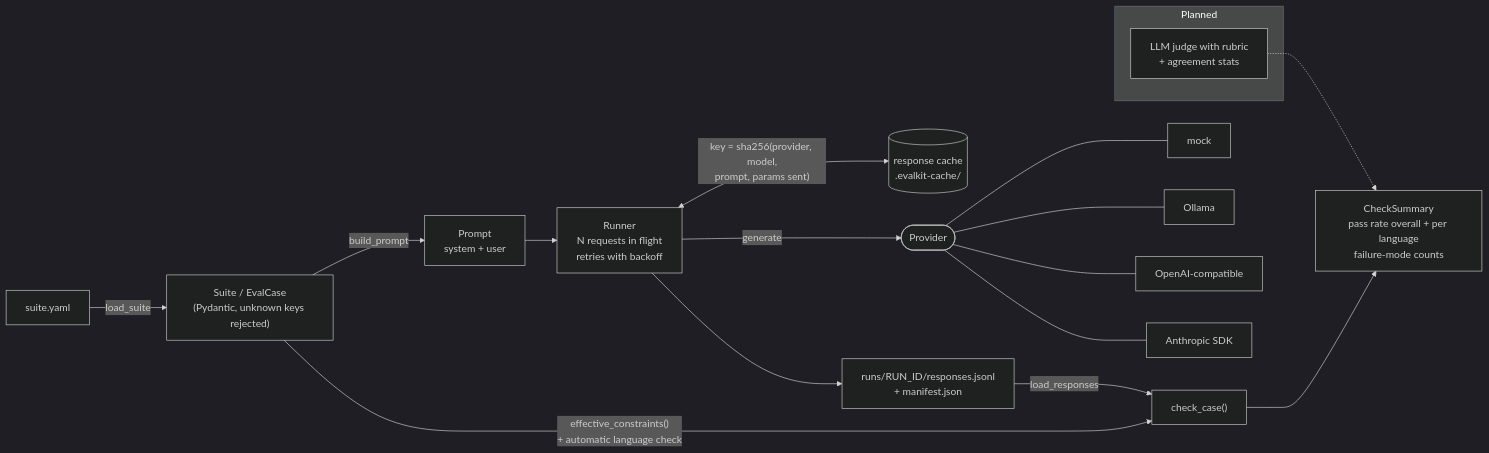
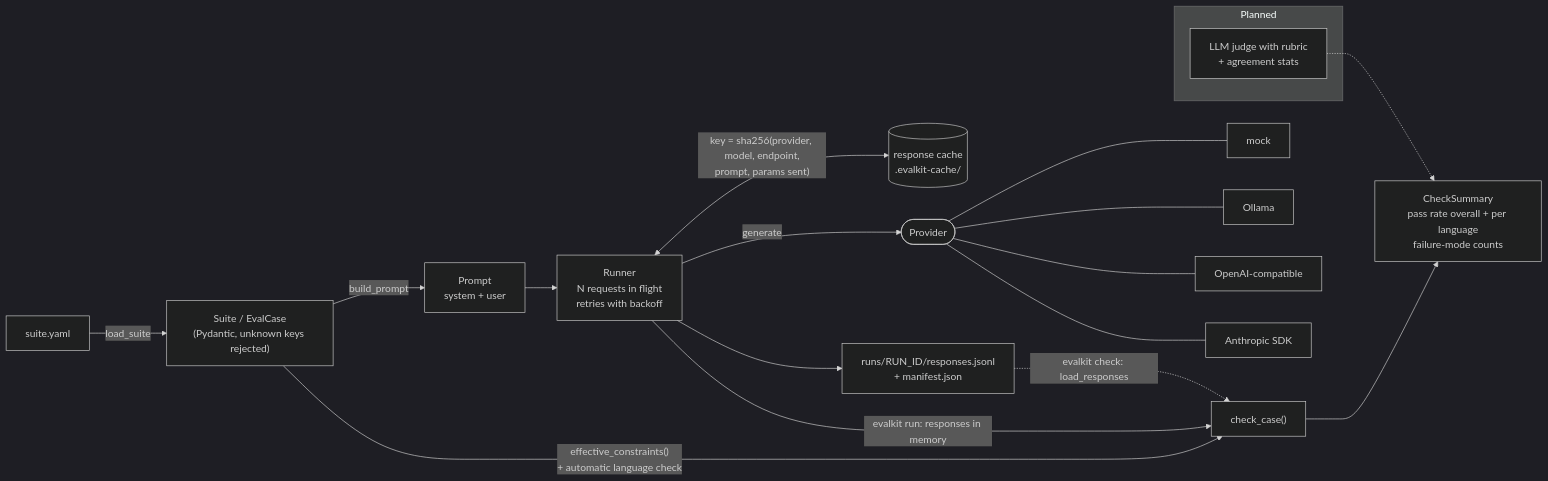
Before and after one commit to Julminus/llm-evalkit: the diagram in README.md, drawn with Mermaid (dark theme). The commit also changed other lines of this file and 2 other files, not shown here.

````diff
--- a/README.md
+++ b/README.md
@@ -101,17 +112,18 @@
 ```mermaid
 flowchart LR
     Y["suite.yaml"] -->|load_suite| S["Suite / EvalCase<br/>(Pydantic, unknown keys rejected)"]
     S -->|build_prompt| P["Prompt<br/>system + user"]
     P --> RN["Runner<br/>N requests in flight<br/>retries with backoff"]
-    RN <-->|"key = sha256(provider, model,<br/>prompt, params sent)"| CA[("response cache<br/>.evalkit-cache/")]
+    RN <-->|"key = sha256(provider, model, endpoint,<br/>prompt, params sent)"| CA[("response cache<br/>.evalkit-cache/")]
     RN -->|generate| PR(["Provider"])
     PR --- M["mock"] & O["Ollama"] & OA["OpenAI-compatible"] & AN["Anthropic SDK"]
     RN --> L["runs/RUN_ID/responses.jsonl<br/>+ manifest.json"]
-    L -->|load_responses| E["check_case()"]
+    RN -->|"evalkit run: responses in memory"| E["check_case()"]
+    L -.->|"evalkit check: load_responses"| E
     S -->|"effective_constraints()<br/>+ automatic language check"| E
     E --> CS["CheckSummary<br/>pass rate overall + per language<br/>failure-mode counts"]
     subgraph planned["Planned"]
         JU["LLM judge with rubric<br/>+ agreement stats"]
     end
     JU -.-> CS
 ```
````
